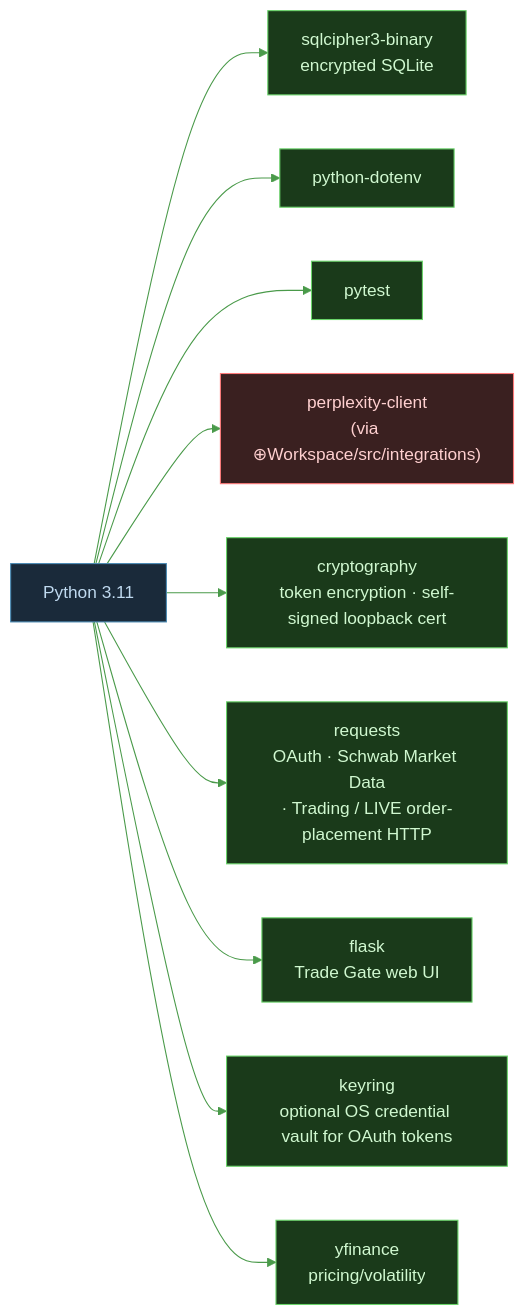
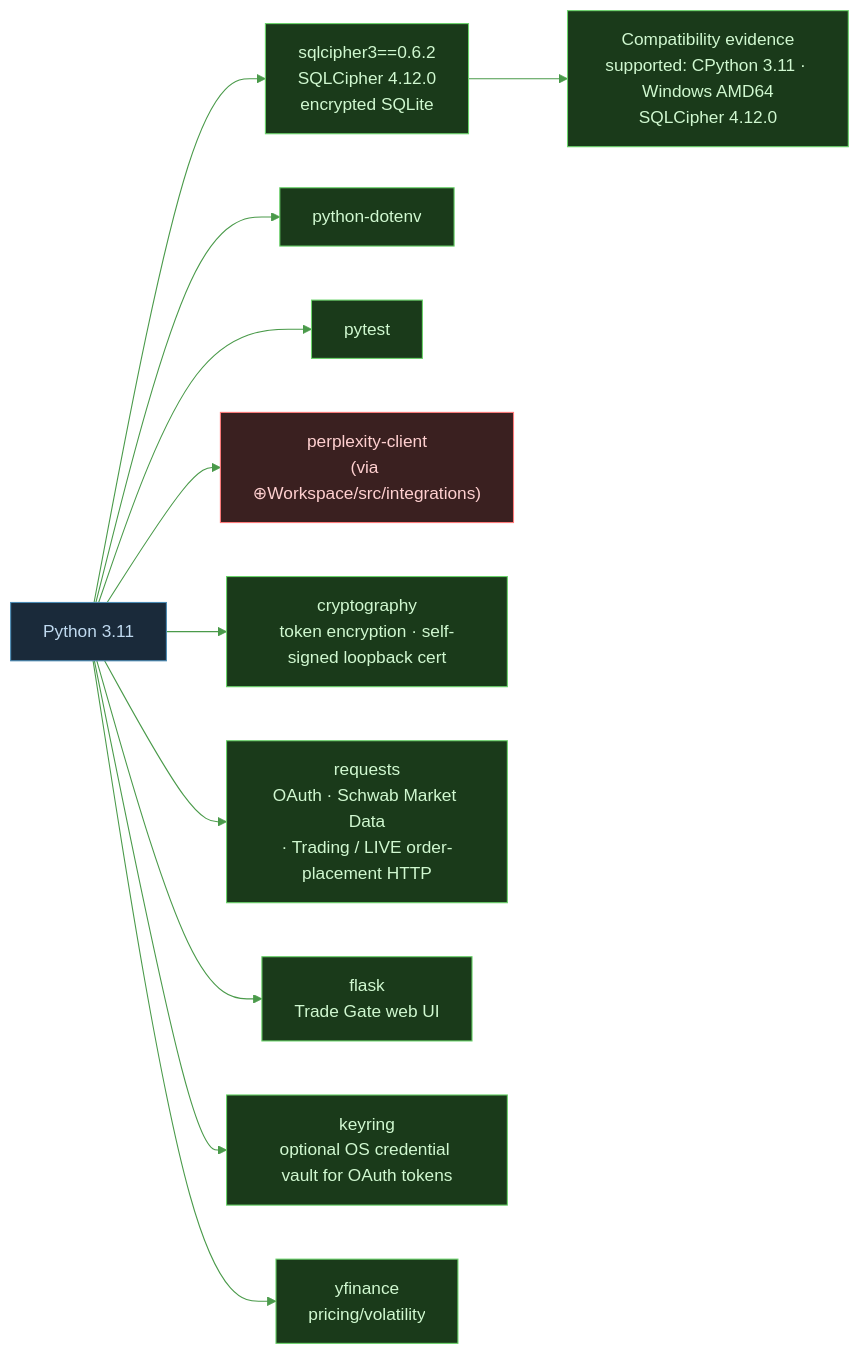
The diagram in diagrams/capital-tech-stack.mmd (tylerdrakemusic/-Workspace), drawn with Mermaid before and after one commit. The commit also changed 1 other file, not shown here.

Commit message:
⊕ workspace: FR-20260817 architecture diagrams

```diff
--- a/diagrams/capital-tech-stack.mmd
+++ b/diagrams/capital-tech-stack.mmd
@@ -1,26 +1,27 @@
 %%{init: {'theme': 'base', 'themeVariables': {'primaryColor': '#1a3a1a', 'primaryTextColor': '#d0f8d0', 'edgeLabelBackground': '#0f1318', 'lineColor': '#4a9a4a'}}}%%
 graph LR
-    Python[Python 3.11] --> SQLCipher[sqlcipher3-binary<br/>encrypted SQLite]
+    Python[Python 3.11] --> SQLCipher[sqlcipher3==0.6.2<br/>SQLCipher 4.12.0<br/>encrypted SQLite]
+    SQLCipher --> SQLCipherEvidence[Compatibility evidence<br/>supported: CPython 3.11 · Windows AMD64<br/>SQLCipher 4.12.0]
     Python --> Dotenv[python-dotenv]
     Python --> Pytest[pytest]
     Python --> Perplexity["perplexity-client<br/>(via ⊕Workspace/src/integrations)"]
     Python --> Crypto["cryptography<br/>token encryption · self-signed loopback cert"]
     Python --> Requests["requests<br/>OAuth · Schwab Market Data<br/>· Trading / LIVE order-placement HTTP"]
     Python --> Flask[flask<br/>Trade Gate web UI]
     Python --> Keyring["keyring<br/>optional OS credential vault for OAuth tokens"]
     Python --> YFinance[yfinance<br/>pricing/volatility]
     class Python lang
-    class SQLCipher,Dotenv,Pytest,Crypto,Requests,Flask,Keyring,YFinance lib
+    class SQLCipher,SQLCipherEvidence,Dotenv,Pytest,Crypto,Requests,Flask,Keyring,YFinance lib
     class Perplexity ext
 
 classDef life     fill:#1a2e3a,stroke:#6ab4d4,color:#d0ecf8
 classDef music    fill:#3a1a24,stroke:#d47a8f,color:#f8d0dc
 classDef quantum  fill:#251a3a,stroke:#a07adf,color:#e8d0f8
 classDef manifest fill:#3a2e1a,stroke:#d4a96a,color:#f8ead0
 classDef capital  fill:#1a3a1a,stroke:#6ad46a,color:#d0f8d0
 classDef ws       fill:#1a3a30,stroke:#6ad4b4,color:#d0f8ee
 classDef tyler    fill:#2a1a3a,stroke:#9e4aff,color:#fff
 classDef ext      fill:#3a2020,stroke:#ff7a7a,color:#ffd0d0
 classDef db       fill:#3a3010,stroke:#d4c050,color:#f8f0c0
 classDef lang     fill:#1a2a3a,stroke:#4a8ab4,color:#c0daf0
 classDef lib      fill:#1a3a1a,stroke:#6ad46a,color:#d0f8d0
```
